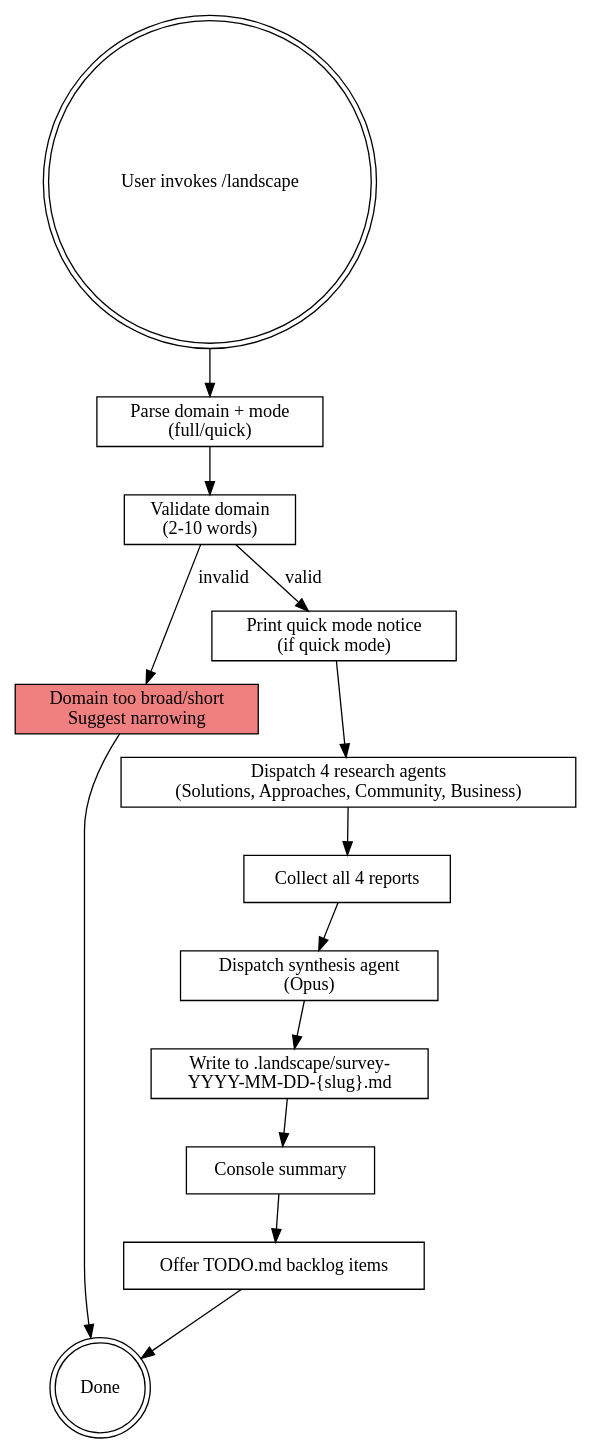
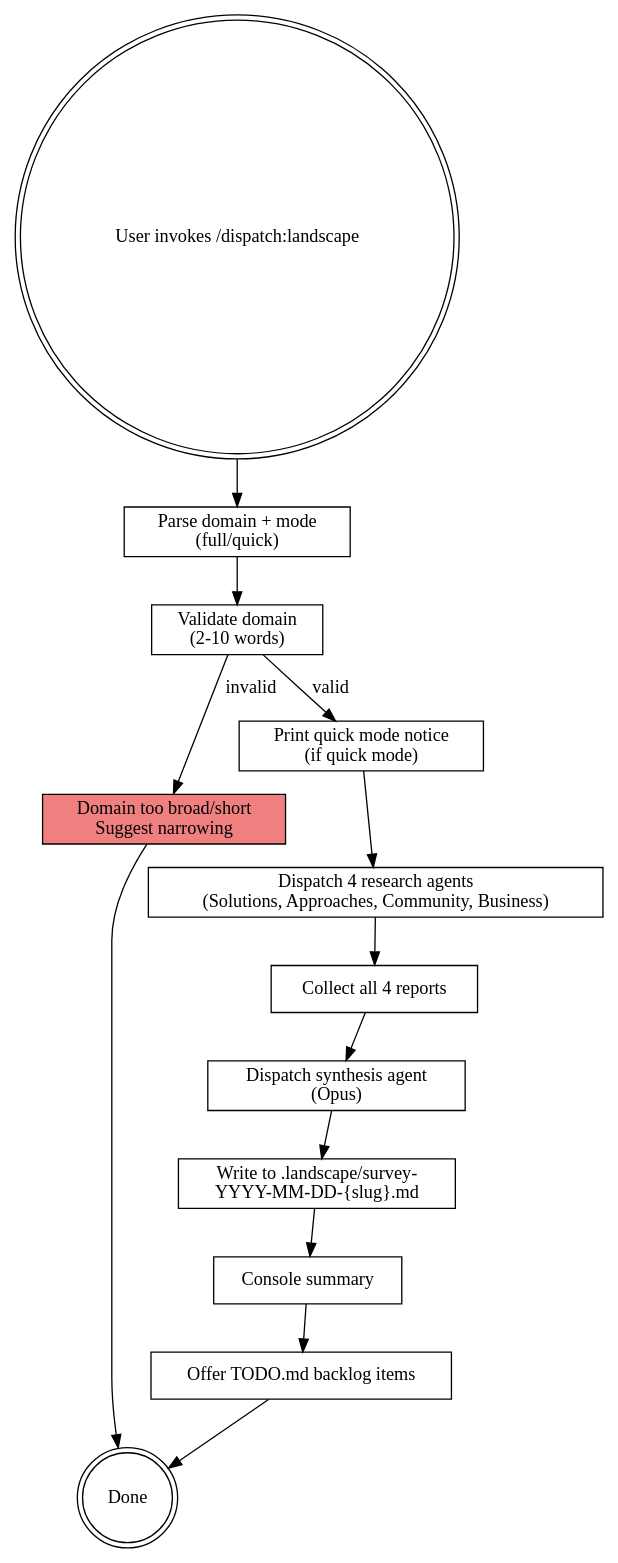
Before and after one commit to KwanwooLee36/dispatch: the diagram in skills/landscape/SKILL.md, drawn with Graphviz. The commit also changed other lines of this file and 9 other files, not shown here.

````diff
--- a/skills/landscape/SKILL.md
+++ b/skills/landscape/SKILL.md
@@ -311,32 +311,32 @@
 ```dot
 digraph landscape_flow {
     rankdir=TB;
     node [shape=box];
 
-    start [label="User invokes /landscape" shape=doublecircle];
+    start [label="User invokes /dispatch:landscape" shape=doublecircle];
     parse [label="Parse domain + mode\n(full/quick)"];
     validate [label="Validate domain\n(2-10 words)"];
     invalid [label="Domain too broad/short\nSuggest narrowing" shape=box style=filled fillcolor=lightcoral];
     notice [label="Print quick mode notice\n(if quick mode)"];
     dispatch [label="Dispatch 4 research agents\n(Solutions, Approaches, Community, Business)"];
     collect [label="Collect all 4 reports"];
     synthesis [label="Dispatch synthesis agent\n(Opus)"];
     write [label="Write to .landscape/survey-\nYYYY-MM-DD-{slug}.md"];
     summary [label="Console summary"];
     backlog [label="Offer TODO.md backlog items"];
     end [label="Done" shape=doublecircle];
 
     start -> parse;
     parse -> validate;
     validate -> invalid [label="invalid"];
     invalid -> end;
     validate -> notice [label="valid"];
     notice -> dispatch;
     dispatch -> collect;
     collect -> synthesis;
     synthesis -> write;
     write -> summary;
     summary -> backlog;
     backlog -> end;
 }
 ```
````
